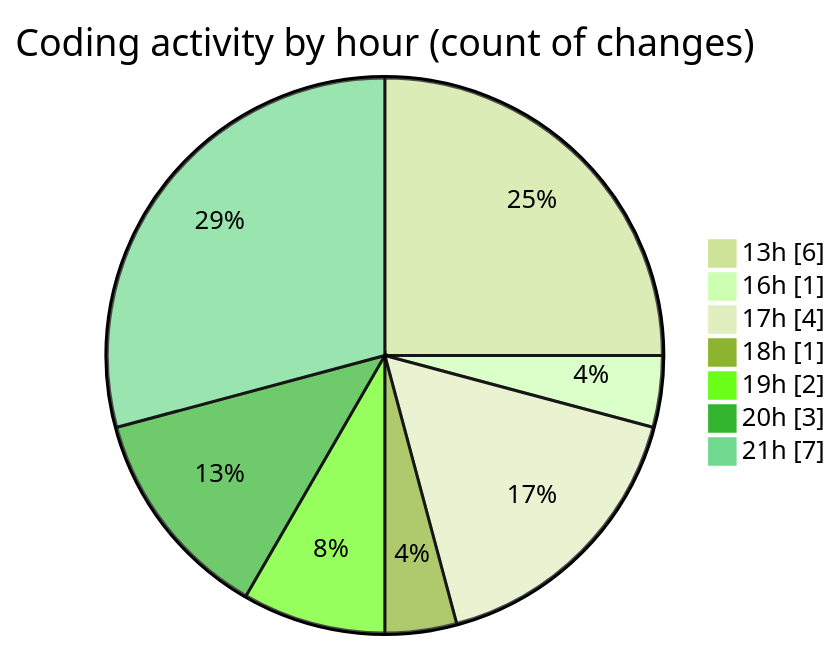
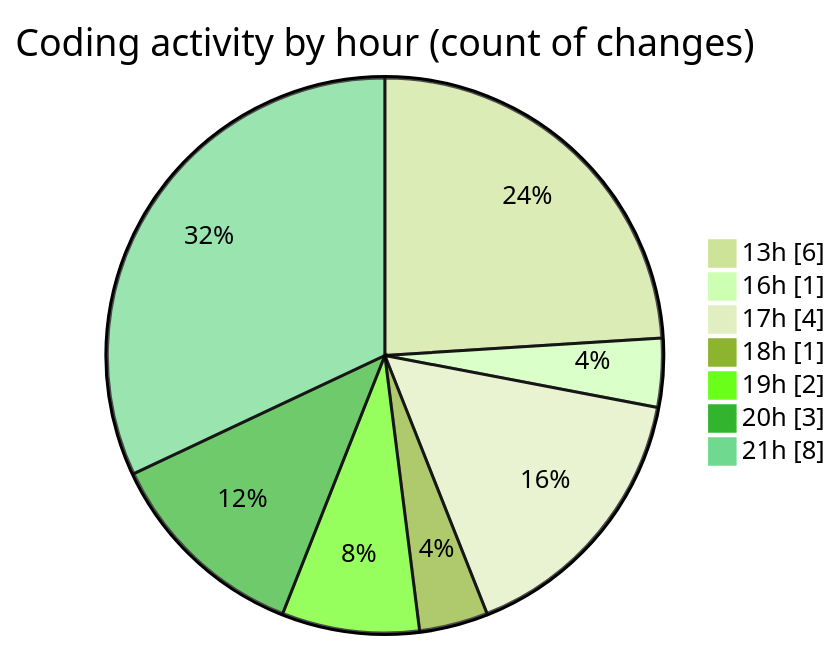
One commit to EIIisD/code-tracking changed the second of 2 diagrams in 2025-08-03/fish/README.md. Above: the diagram before and after it, drawn with Mermaid (forest theme). The commit also changed other lines of this file and 1 other file, not shown here.

````diff
--- a/2025-08-03/fish/README.md
+++ b/2025-08-03/fish/README.md
@@ -32,11 +33,11 @@
 ```mermaid
 pie showData
 title Coding activity by hour (count of changes)
 "13h" : 6
 "16h" : 1
 "17h" : 4
 "18h" : 1
 "19h" : 2
 "20h" : 3
-"21h" : 7
+"21h" : 8
 ```
````
